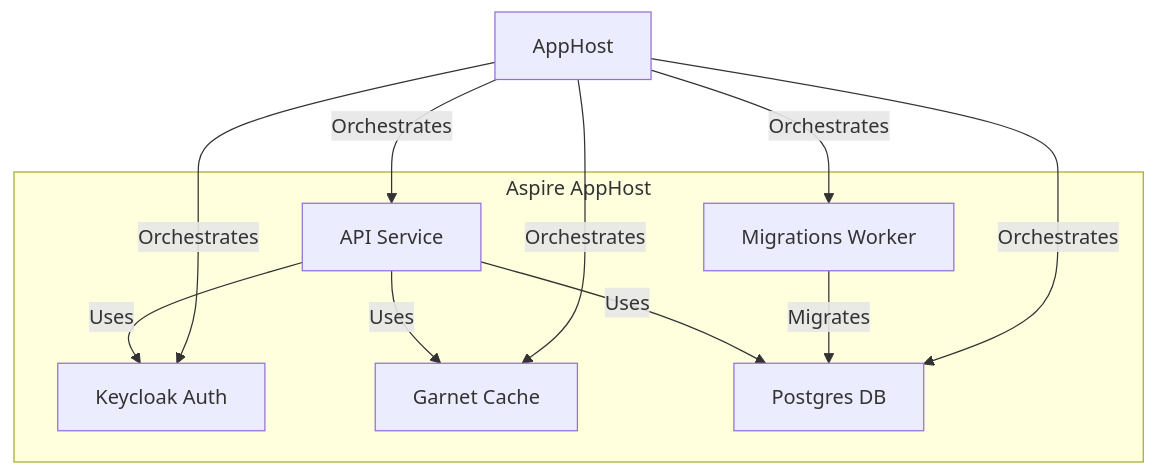
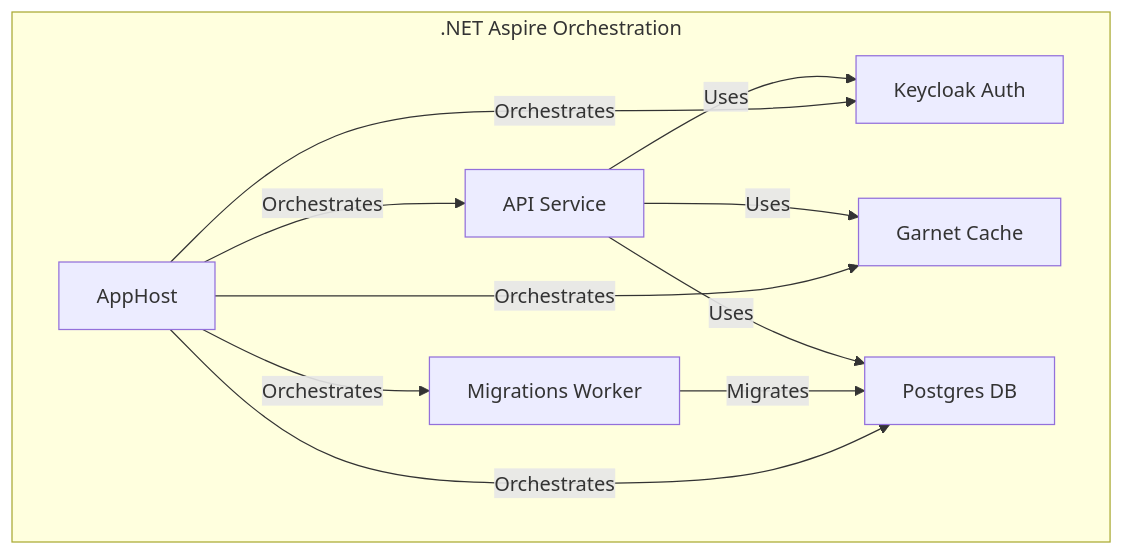
Before and after one commit to YoussefWaelMohamedLotfy/Brite-Task: the first of 3 diagrams in README.md, drawn with Mermaid.

````diff
--- a/README.md
+++ b/README.md
@@ -24,20 +24,20 @@
 ```mermaid
 flowchart TD
-    subgraph Aspire AppHost
+    subgraph .NET Aspire Orchestration
         A[API Service]
         B[Migrations Worker]
         C[Keycloak Auth]
         D[Garnet Cache]
         E[Postgres DB]
-    end
 
     A -- Uses --> C
     A -- Uses --> D
     A -- Uses --> E
     B -- Migrates --> E
     AppHost -- Orchestrates --> A
     AppHost -- Orchestrates --> B
     AppHost -- Orchestrates --> C
     AppHost -- Orchestrates --> D
     AppHost -- Orchestrates --> E
+    end
 ```
````
